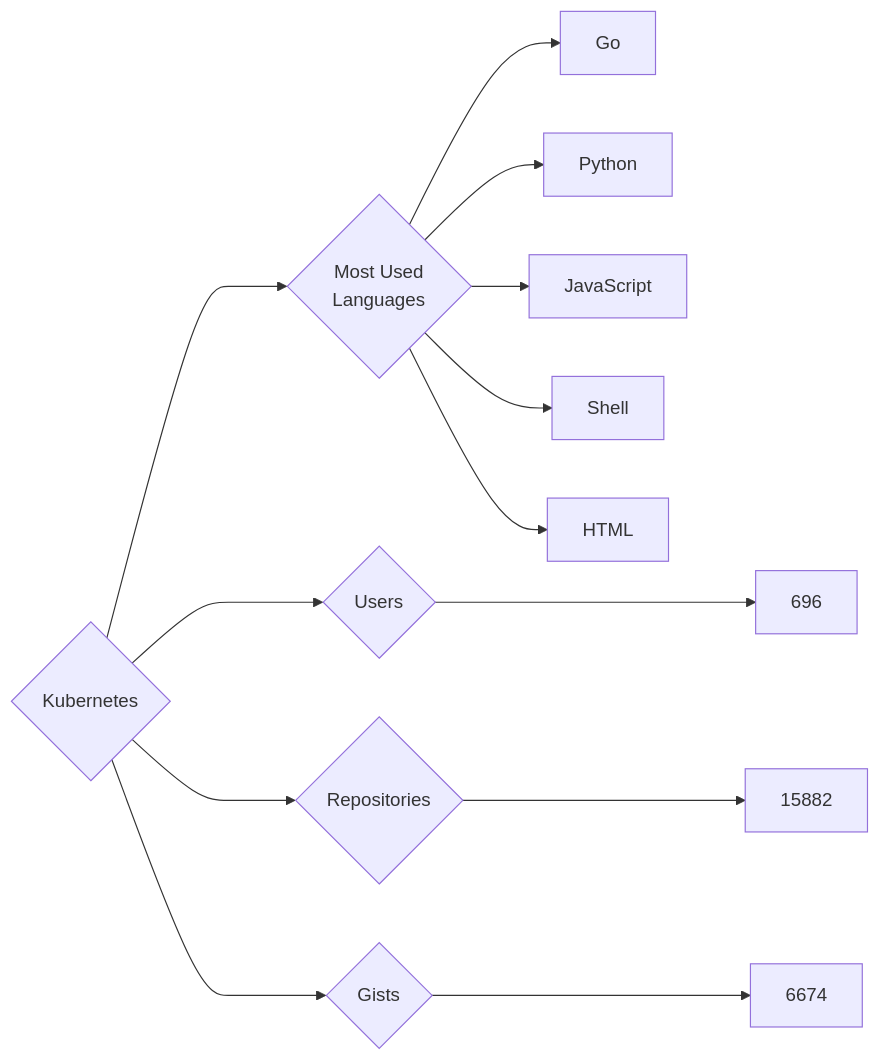
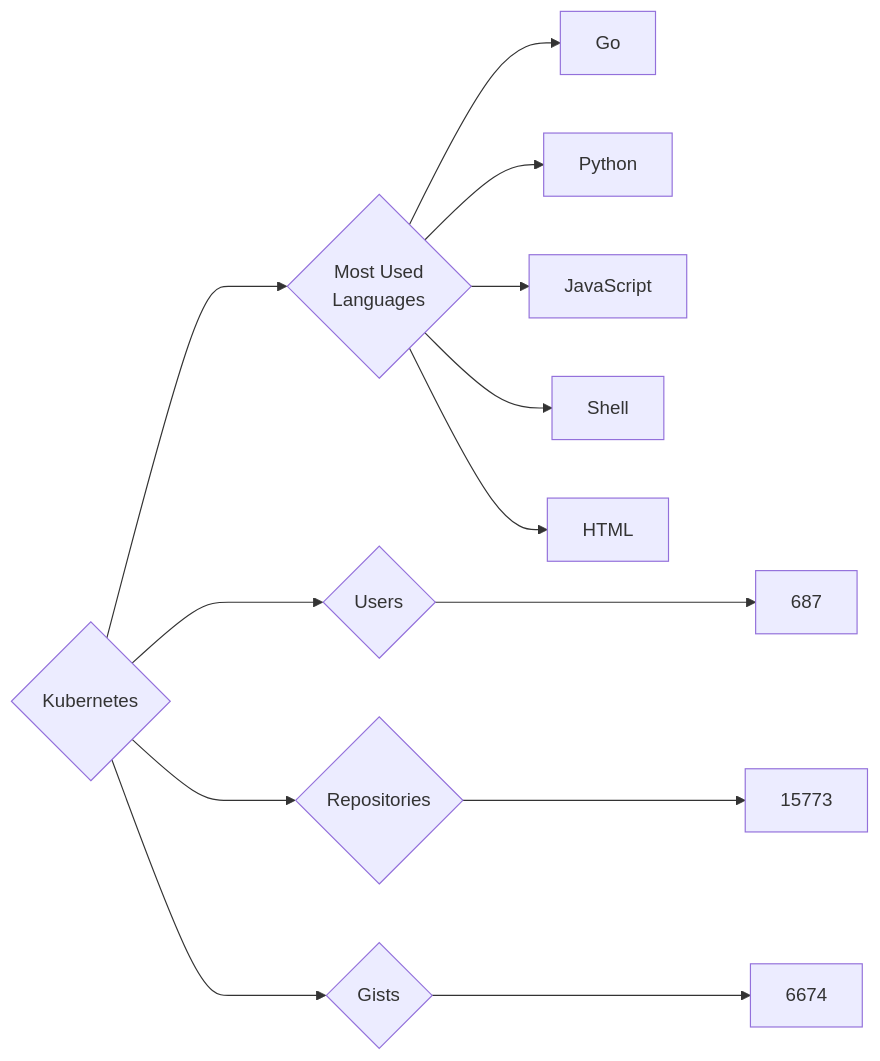
One commit to trickest/insiders changed the diagram in targets/Kubernetes/README.md. Above: the diagram before and after it, drawn with Mermaid. The commit also changed 614 other files, not shown here.

````diff
--- a/targets/Kubernetes/README.md
+++ b/targets/Kubernetes/README.md
@@ -3,13 +3,13 @@
 ```mermaid
 graph LR
 COMPANY_NAME{Kubernetes}
-COMPANY_NAME ---> U{Users} ---> UN[696]
-COMPANY_NAME ---> R{Repositories} ---> RN[15882]
+COMPANY_NAME ---> U{Users} ---> UN[687]
+COMPANY_NAME ---> R{Repositories} ---> RN[15773]
 COMPANY_NAME ---> G{Gists} ---> GN[6674]
 COMPANY_NAME ---> ML{Most Used<br>Languages}
 ML --> Go[Go]
 ML --> Python[Python]
 ML --> JavaScript[JavaScript]
 ML --> Shell[Shell]
 ML --> HTML[HTML]
 ```
````
